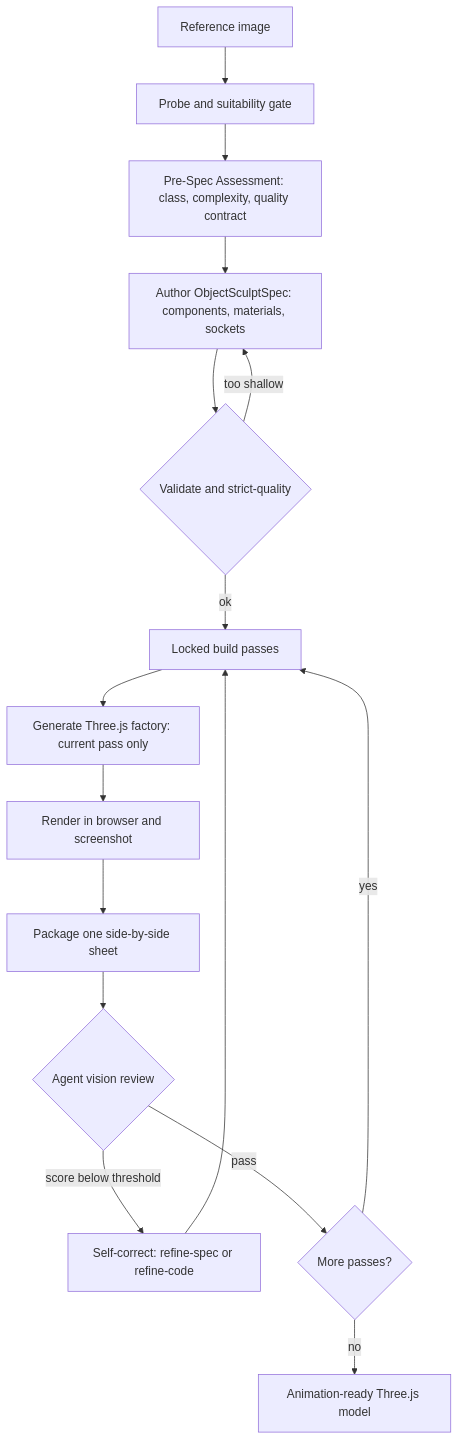
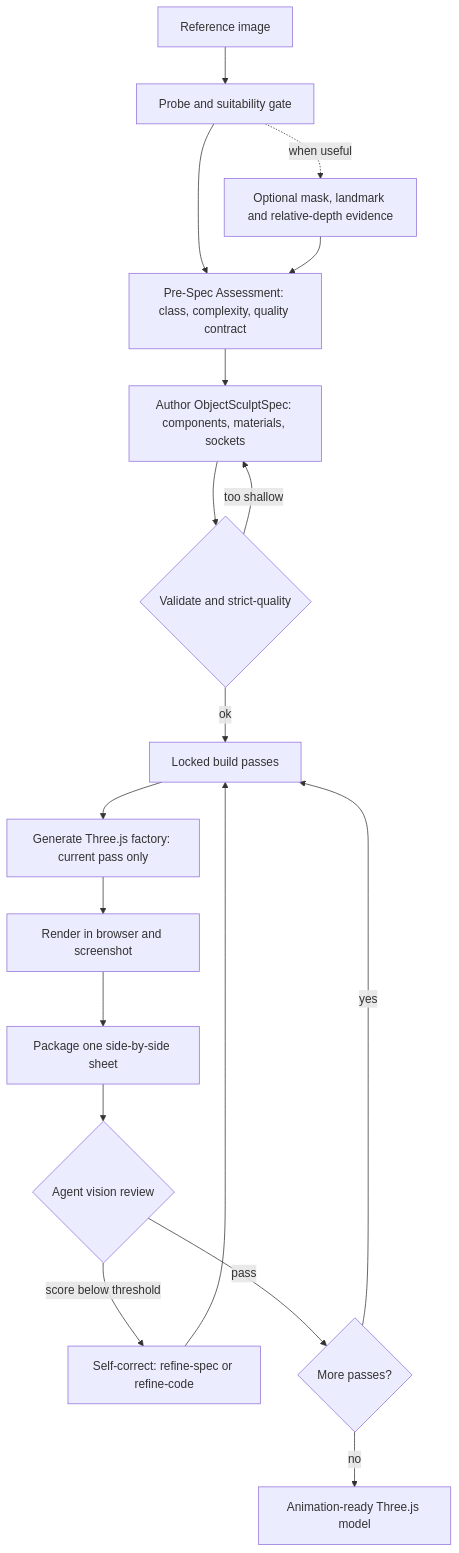
Before and after one commit to AMAImedia/img2threejs: the diagram in docs/ARCHITECTURE.md, drawn with Mermaid. The commit also changed other lines of this file and 155 other files, not shown here.

````diff
--- a/docs/ARCHITECTURE.md
+++ b/docs/ARCHITECTURE.md
@@ -11,18 +11,20 @@
 ```mermaid
 flowchart TD
     A[Reference image] --> B[Probe and suitability gate]
     B --> C[Pre-Spec Assessment: class, complexity, quality contract]
+    B -. when useful .-> A1[Optional mask, landmark and relative-depth evidence]
+    A1 --> C
     C --> D[Author ObjectSculptSpec: components, materials, sockets]
     D --> E{Validate and strict-quality}
     E -- too shallow --> D
     E -- ok --> F[Locked build passes]
     F --> G[Generate Three.js factory: current pass only]
     G --> H[Render in browser and screenshot]
     H --> I[Package one side-by-side sheet]
     I --> J{Agent vision review}
     J -- score below threshold --> K[Self-correct: refine-spec or refine-code]
     K --> F
     J -- pass --> L{More passes?}
     L -- yes --> F
     L -- no --> M[Animation-ready Three.js model]
 ```
````
